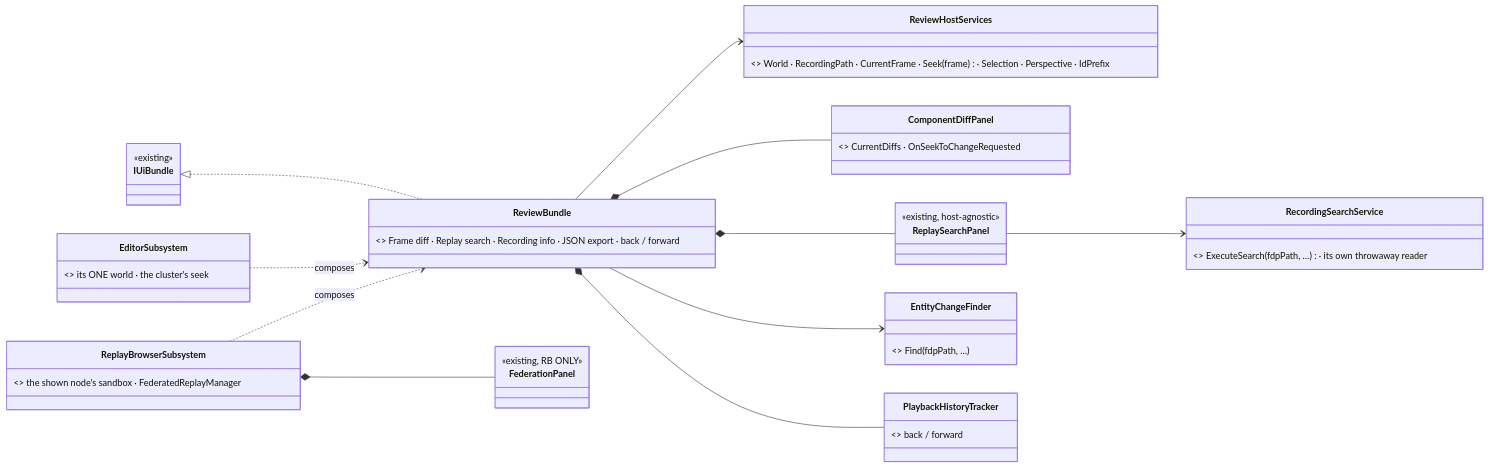
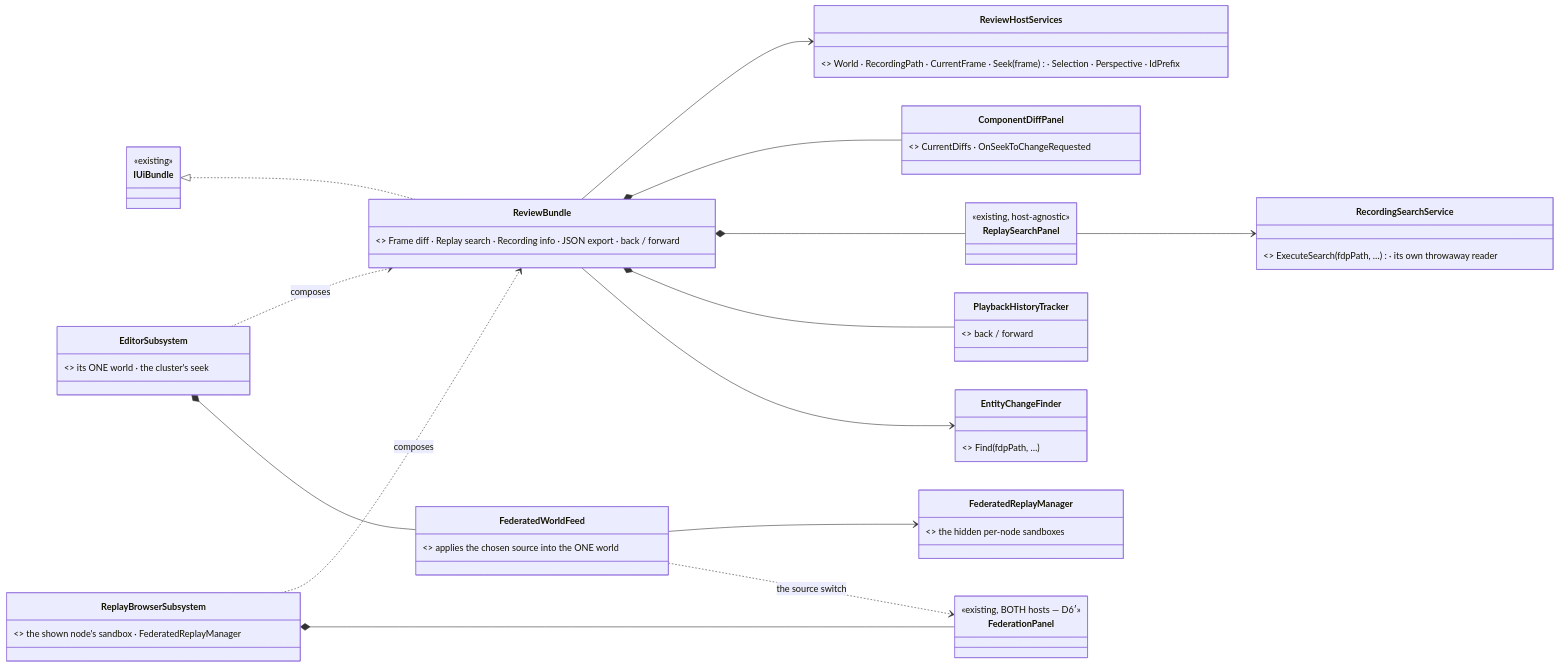
One commit to pjanec/HROT changed the first of 3 diagrams in docs/UX/DESIGN_Review_Perspective.md. Above: the diagram before and after it, drawn with Mermaid. The commit also changed other lines of this file and 2 other files, not shown here.

First line of the commit message:
Review perspective: Federation is the SOURCE of the editor's one world (user correction) - D6', D7, D8, V6 with gates G1-G3, Q4', Q6, Q7; R-4010 mis-citation fixed (W5)

````diff
--- a/docs/UX/DESIGN_Review_Perspective.md
+++ b/docs/UX/DESIGN_Review_Perspective.md
@@ -105,25 +124,30 @@
 ```mermaid
 classDiagram
     direction LR
     class IUiBundle { <<existing>> }
     class ReviewBundle { <<NEW, Hrot.Editor.AiShared>> Frame diff · Replay search · Recording info · JSON export · back / forward }
     class ReviewHostServices { <<NEW record>> World · RecordingPath · CurrentFrame · Seek(frame) · Selection · Perspective · IdPrefix }
     class ComponentDiffPanel { <<existing, host-fed>> CurrentDiffs · OnSeekToChangeRequested }
     class ReplaySearchPanel { <<existing, host-agnostic>> }
     class RecordingSearchService { <<existing>> ExecuteSearch(fdpPath, …) · its own throwaway reader }
     class EntityChangeFinder { <<existing>> Find(fdpPath, …) }
     class PlaybackHistoryTracker { <<existing>> back / forward }
     class EditorSubsystem { <<host>> its ONE world · the cluster's seek }
     class ReplayBrowserSubsystem { <<host>> the shown node's sandbox · FederatedReplayManager }
-    class FederationPanel { <<existing, RB ONLY>> }
+    class FederationPanel { <<existing, BOTH hosts — D6′>> }
+    class FederatedWorldFeed { <<NEW, editor>> applies the chosen source into the ONE world }
+    class FederatedReplayManager { <<existing, headless>> the hidden per-node sandboxes }
     IUiBundle <|.. ReviewBundle
     ReviewBundle --> ReviewHostServices
     ReviewBundle *-- ComponentDiffPanel
     ReviewBundle *-- ReplaySearchPanel
     ReviewBundle *-- PlaybackHistoryTracker
     ReplaySearchPanel --> RecordingSearchService
     ReviewBundle --> EntityChangeFinder
     EditorSubsystem ..> ReviewBundle : composes
     ReplayBrowserSubsystem ..> ReviewBundle : composes
     ReplayBrowserSubsystem *-- FederationPanel
+    EditorSubsystem *-- FederatedWorldFeed
+    FederatedWorldFeed --> FederatedReplayManager
+    FederatedWorldFeed ..> FederationPanel : the source switch
 ```
````
